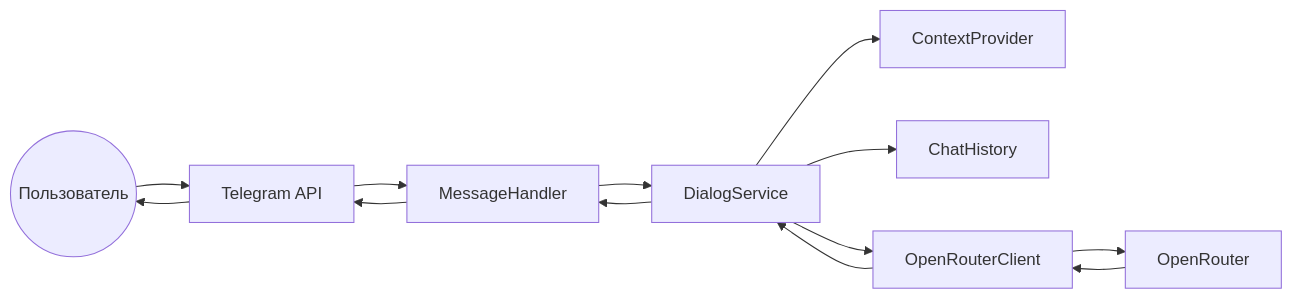
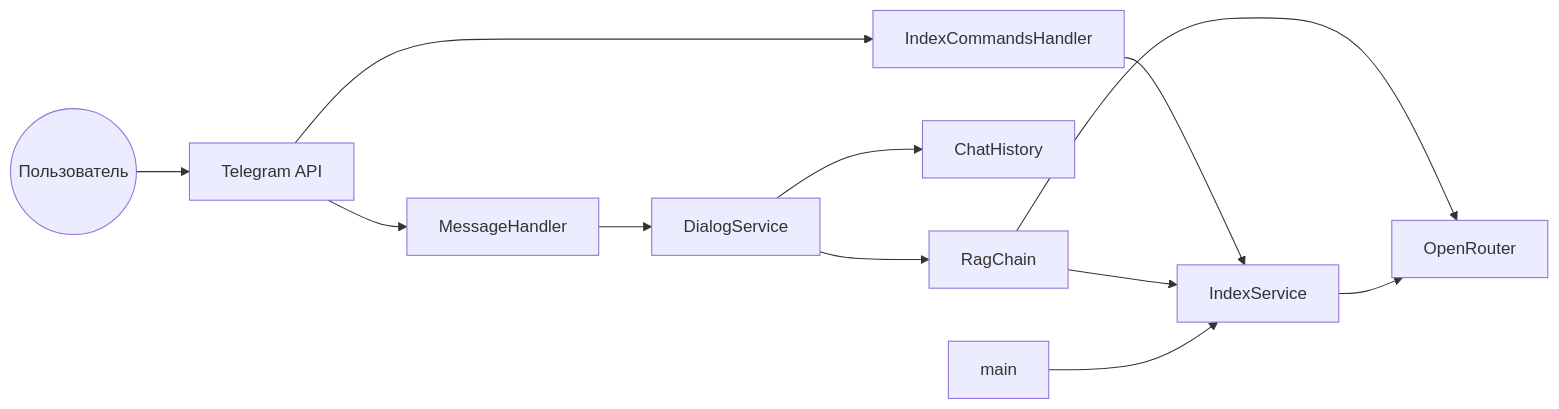
Before and after one commit to VladislavMilovanov/ai-agents: the diagram in 04-rag-langchain-2/docs/vision.md, drawn with Mermaid. The commit also changed other lines of this file and 31 other files, not shown here.

Commit message:
Выполнено ДЗ-4: RAG с LangChain

````diff
--- a/04-rag-langchain-2/docs/vision.md
+++ b/04-rag-langchain-2/docs/vision.md
@@ -193,17 +149,20 @@
 ```mermaid
 flowchart LR
     User((Пользователь))
     TG[Telegram API]
     MH[MessageHandler]
+    IH[IndexCommandsHandler]
     DS[DialogService]
-    CP[ContextProvider]
     CH[ChatHistory]
-    LLM[OpenRouterClient]
+    RC[RagChain]
+    IS[IndexService]
     OR[OpenRouter]
 
     User --> TG --> MH --> DS
+    TG --> IH --> IS
     DS --> CH
-    DS --> CP
-    DS --> LLM --> OR
-    OR --> LLM --> DS --> MH --> TG --> User
+    DS --> RC --> IS
+    RC --> OR
+    IS --> OR
+    main --> IS
 ```
````
